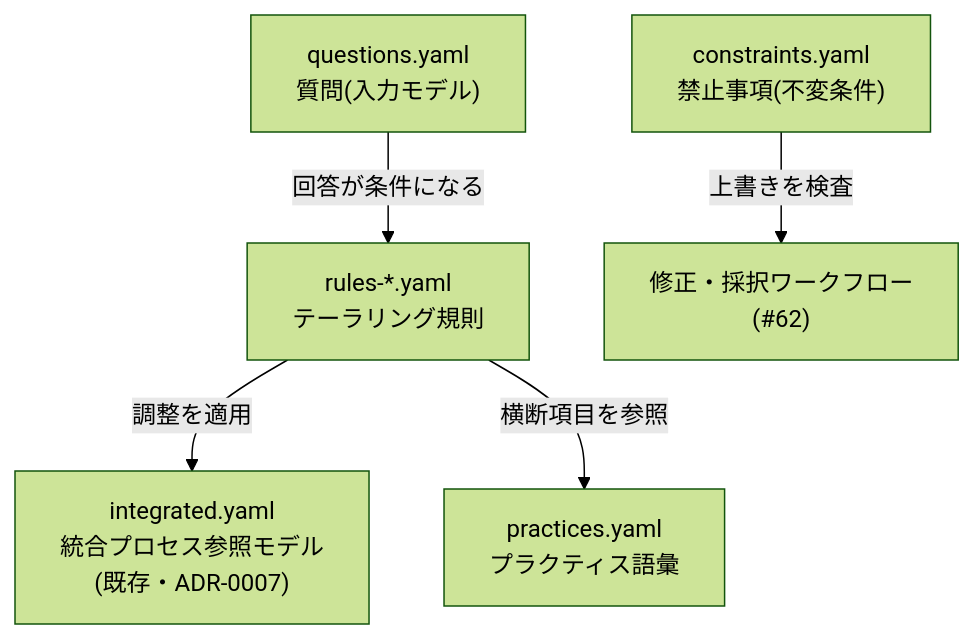
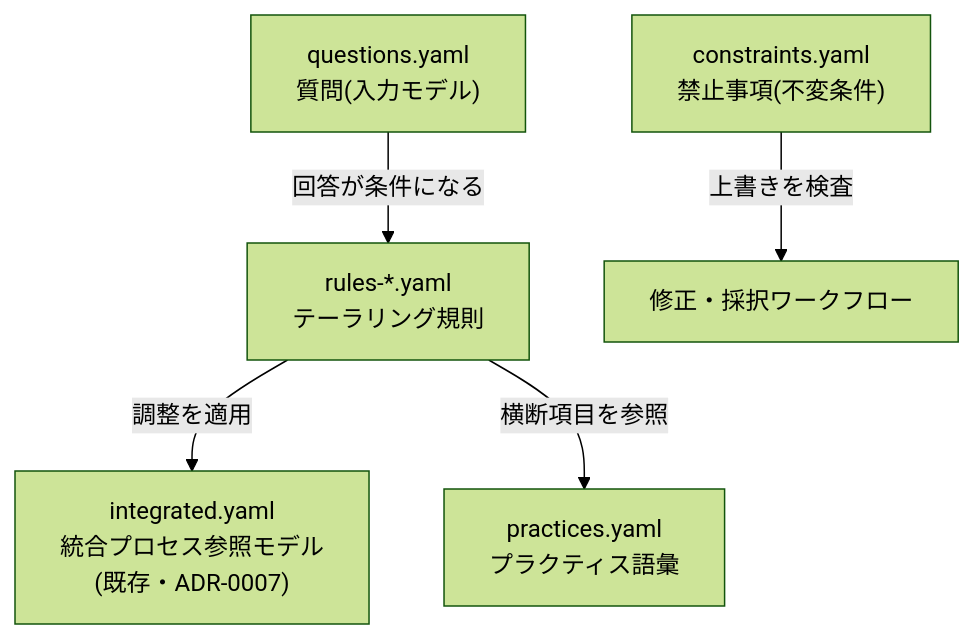
The diagram in src/content/docs/tool/knowledge-base-schema.md (Takenori-Kusaka/process-compass), drawn with Mermaid (forest theme) before and after one commit. The commit also changed other lines of this file and 24 other files, not shown here.

````diff
--- a/src/content/docs/tool/knowledge-base-schema.md
+++ b/src/content/docs/tool/knowledge-base-schema.md
@@ -14,7 +14,7 @@
 ```mermaid
 graph TD
   Q["questions.yaml<br>質問(入力モデル)"] -->|回答が条件になる| R["rules-*.yaml<br>テーラリング規則"]
   R -->|調整を適用| P["integrated.yaml<br>統合プロセス参照モデル<br>(既存・ADR-0007)"]
   R -->|横断項目を参照| PR["practices.yaml<br>プラクティス語彙"]
-  C["constraints.yaml<br>禁止事項(不変条件)"] -->|上書きを検査| W["修正・採択ワークフロー<br>(#62)"]
+  C["constraints.yaml<br>禁止事項(不変条件)"] -->|上書きを検査| W["修正・採択ワークフロー"]
 ```
````
